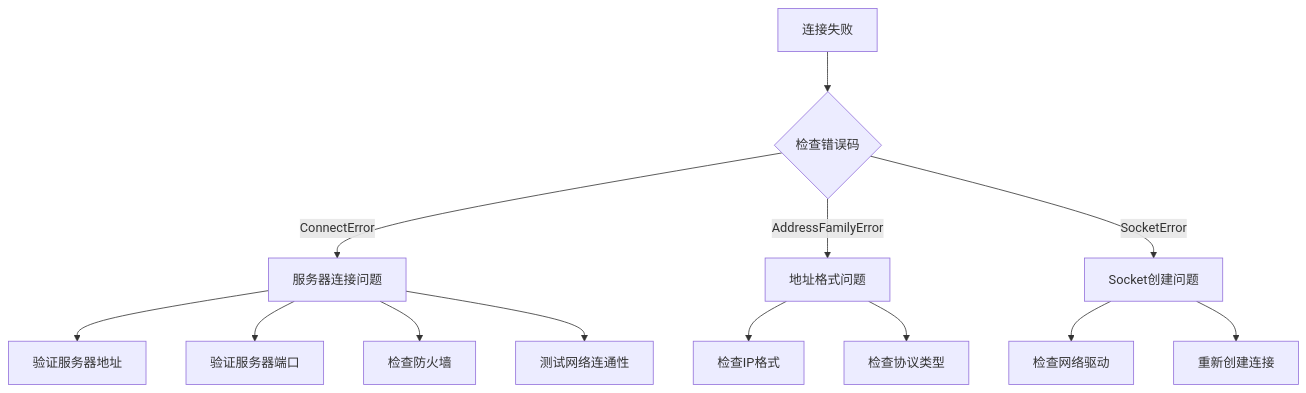
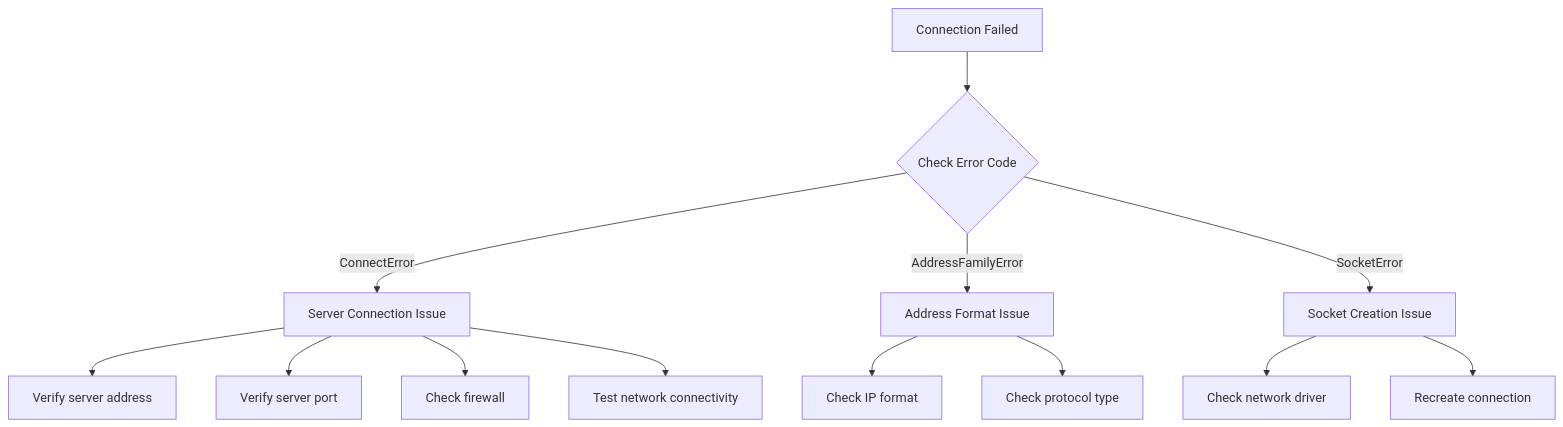
One commit to AlianBlank/GameFrameX.Docs changed the diagram in docs/en/client/unity/component/network/13.troubleshooting.md. Above: the diagram before and after it, drawn with Mermaid. The commit also changed other lines of this file and 242 other files, not shown here.

````diff
--- a/docs/en/client/unity/component/network/13.troubleshooting.md
+++ b/docs/en/client/unity/component/network/13.troubleshooting.md
@@ -66,18 +66,18 @@
 ```mermaid
 flowchart TD
-    A[连接失败] --> B{检查错误码}
-    B -->|ConnectError| C[服务器连接问题]
-    B -->|AddressFamilyError| D[地址格式问题]
-    B -->|SocketError| E[Socket创建问题]
-    
-    C --> C1[验证服务器地址]
-    C --> C2[验证服务器端口]
-    C --> C3[检查防火墙]
-    C --> C4[测试网络连通性]
-    
-    D --> D1[检查IP格式]
-    D --> D2[检查协议类型]
-    
-    E --> E1[检查网络驱动]
-    E --> E2[重新创建连接]
+    A[Connection Failed] --> B{Check Error Code}
+    B -->|ConnectError| C[Server Connection Issue]
+    B -->|AddressFamilyError| D[Address Format Issue]
+    B -->|SocketError| E[Socket Creation Issue]
+
+    C --> C1[Verify server address]
+    C --> C2[Verify server port]
+    C --> C3[Check firewall]
+    C --> C4[Test network connectivity]
+
+    D --> D1[Check IP format]
+    D --> D2[Check protocol type]
+
+    E --> E1[Check network driver]
+    E --> E2[Recreate connection]
 ```
````
